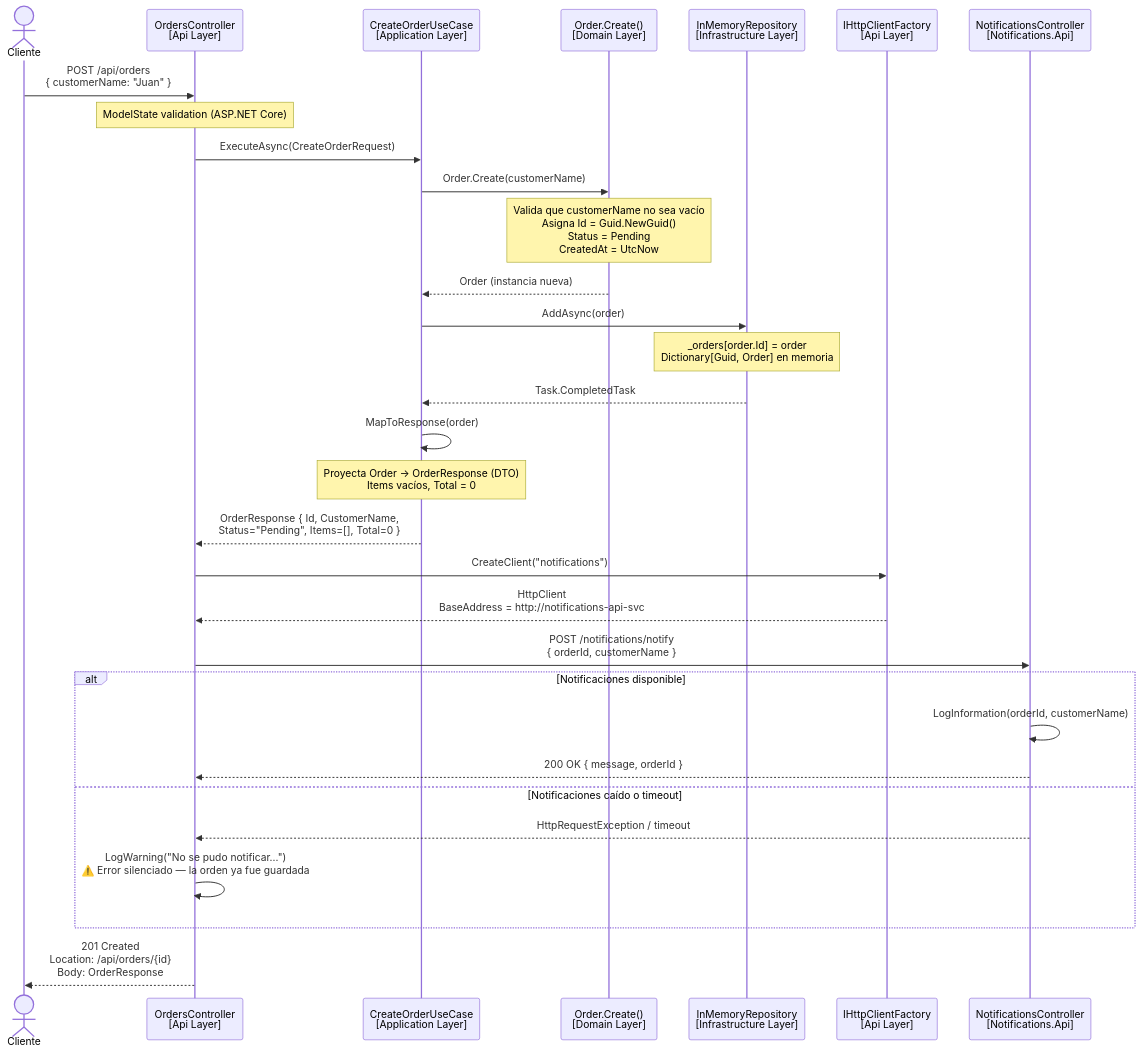
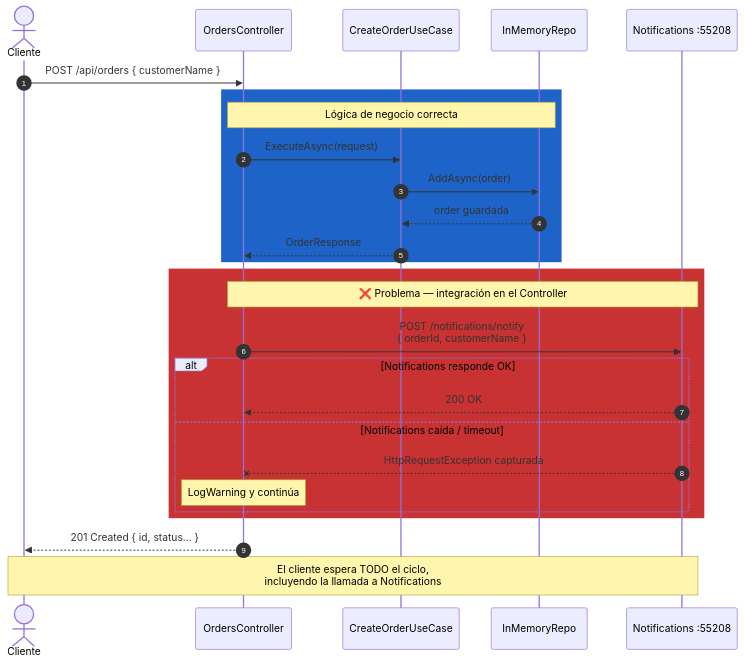
One commit to kanoso/liteThinking-MasterNET changed the second of 10 diagrams in reto4/ARQUITECTURA.md. Above: the diagram before and after it, drawn with Mermaid. The commit also changed other lines of this file and 104 other files, not shown here.

````diff
--- a/reto4/ARQUITECTURA.md
+++ b/reto4/ARQUITECTURA.md
@@ -76,43 +63,33 @@
 ```mermaid
 sequenceDiagram
-    actor Cliente
-    participant CTRL as OrdersController<br/>[Api Layer]
-    participant UC as CreateOrderUseCase<br/>[Application Layer]
-    participant DOM as Order.Create()<br/>[Domain Layer]
-    participant REPO as InMemoryRepository<br/>[Infrastructure Layer]
-    participant HTTP as IHttpClientFactory<br/>[Api Layer]
-    participant NOTIF as NotificationsController<br/>[Notifications.Api]
+    autonumber
+    actor Client as Cliente
+    participant API as OrdersController
+    participant UC  as CreateOrderUseCase
+    participant Repo as InMemoryRepo
+    participant NS  as Notifications :55208
 
-    Cliente->>CTRL: POST /api/orders<br/>{ customerName: "Juan" }
+    Client->>API: POST /api/orders { customerName }
 
-    Note over CTRL: ModelState validation (ASP.NET Core)
-
-    CTRL->>UC: ExecuteAsync(CreateOrderRequest)
-
-    UC->>DOM: Order.Create(customerName)
-    Note over DOM: Valida que customerName no sea vacío<br/>Asigna Id = Guid.NewGuid()<br/>Status = Pending<br/>CreatedAt = UtcNow
-    DOM-->>UC: Order (instancia nueva)
-
-    UC->>REPO: AddAsync(order)
-    Note over REPO: _orders[order.Id] = order<br/>Dictionary[Guid, Order] en memoria
-    REPO-->>UC: Task.CompletedTask
-
-    UC->>UC: MapToResponse(order)
-    Note over UC: Proyecta Order → OrderResponse (DTO)<br/>Items vacíos, Total = 0
-    UC-->>CTRL: OrderResponse { Id, CustomerName,<br/>Status="Pending", Items=[], Total=0 }
-
-    CTRL->>HTTP: CreateClient("notifications")
-    HTTP-->>CTRL: HttpClient<br/>BaseAddress = http://notifications-api-svc
-
-    CTRL->>NOTIF: POST /notifications/notify<br/>{ orderId, customerName }
-
-    alt Notificaciones disponible
-        NOTIF->>NOTIF: LogInformation(orderId, customerName)
-        NOTIF-->>CTRL: 200 OK { message, orderId }
-    else Notificaciones caído o timeout
-        NOTIF-->>CTRL: HttpRequestException / timeout
-        CTRL->>CTRL: LogWarning("No se pudo notificar...")<br/>⚠️ Error silenciado — la orden ya fue guardada
+    rect rgb(30, 100, 200)
+        note over API,Repo: Lógica de negocio correcta
+        API->>UC: ExecuteAsync(request)
+        UC->>Repo: AddAsync(order)
+        Repo-->>UC: order guardada
+        UC-->>API: OrderResponse
     end
 
-    CTRL-->>Cliente: 201 Created<br/>Location: /api/orders/{id}<br/>Body: OrderResponse
+    rect rgb(200, 50, 50)
+        note over API,NS: ❌ Problema — integración en el Controller
+        API->>NS: POST /notifications/notify<br/>{ orderId, customerName }
+        alt Notifications responde OK
+            NS-->>API: 200 OK
+        else Notifications caída / timeout
+            NS--xAPI: HttpRequestException capturada
+            note over API: LogWarning y continúa
+        end
+    end
+
+    API-->>Client: 201 Created { id, status... }
+    note over Client,NS: El cliente espera TODO el ciclo,<br/>incluyendo la llamada a Notifications
 ```
````
